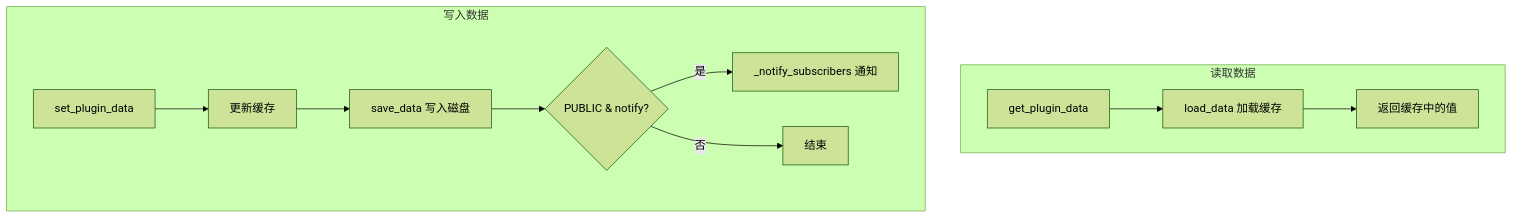
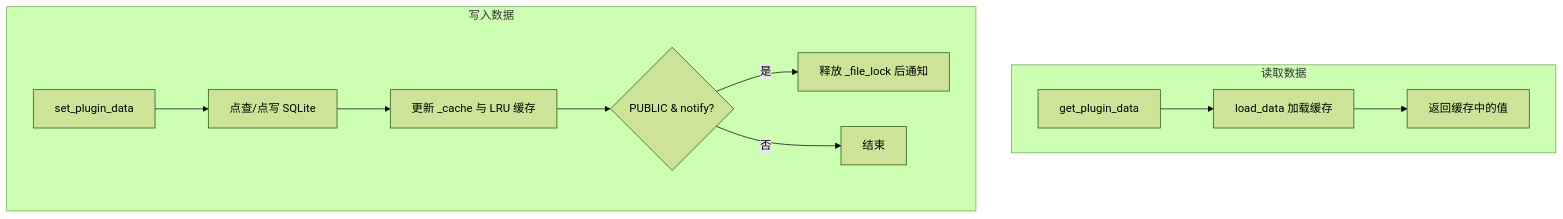
The third of 3 diagrams in docs/core/data-provider/overview.md (KKPIP-Tech/InstructionX), drawn with Mermaid (forest theme) before and after one commit. The commit also changed other lines of this file and 3 other files, not shown here.

````diff
--- a/docs/core/data-provider/overview.md
+++ b/docs/core/data-provider/overview.md
@@ -223,15 +224,15 @@
 ```mermaid
 flowchart TD
     subgraph Read [读取数据]
         R1[get_plugin_data] --> R2[load_data 加载缓存]
         R2 --> R3[返回缓存中的值]
     end
 
     subgraph Write [写入数据]
-        W1[set_plugin_data] --> W2[更新缓存]
-        W2 --> W3[save_data 写入磁盘]
+        W1[set_plugin_data] --> W2[点查/点写 SQLite]
+        W2 --> W3[更新 _cache 与 LRU 缓存]
         W3 --> W4{PUBLIC & notify?}
-        W4 -->|是| W5[_notify_subscribers 通知]
+        W4 -->|是| W5[释放 _file_lock 后通知]
         W4 -->|否| W6[结束]
     end
 ```
````
